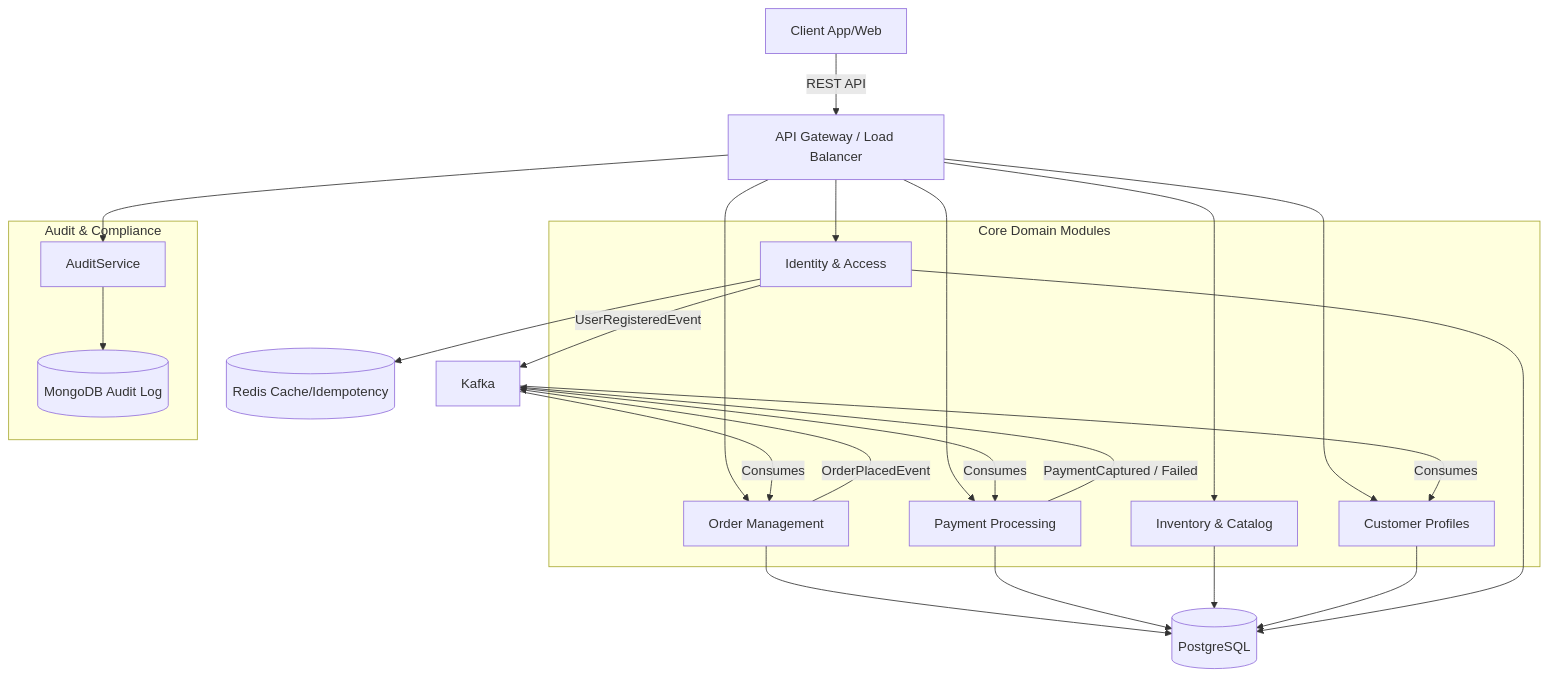
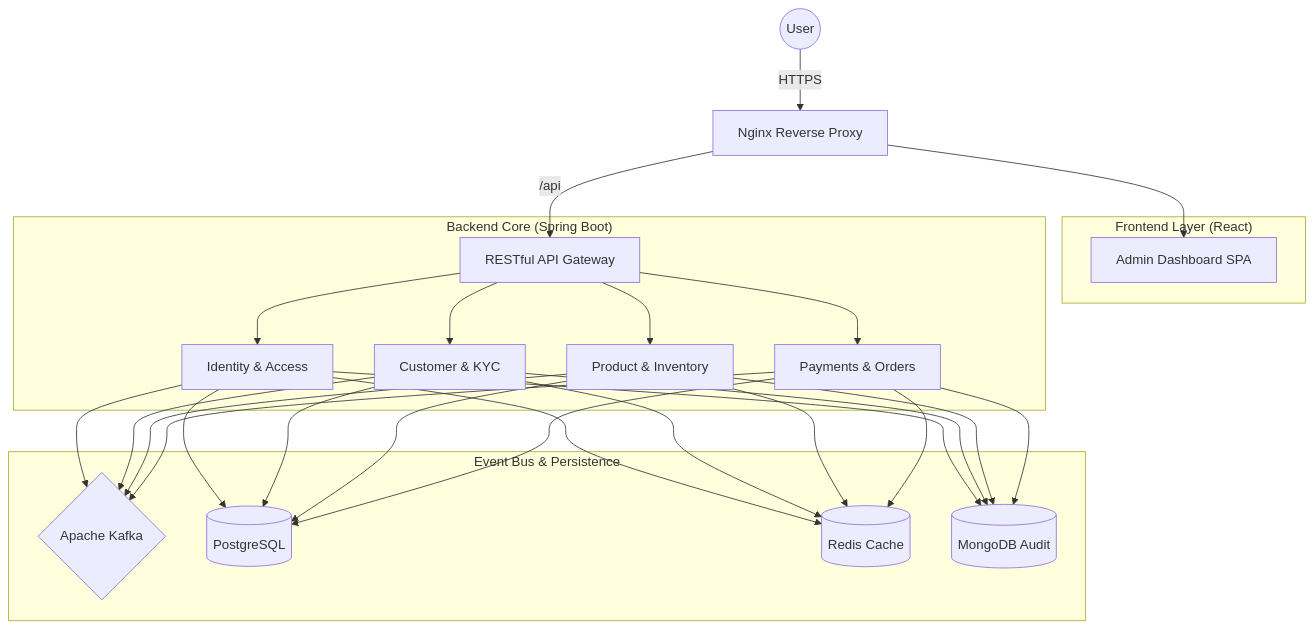
Before and after one commit to edsonwade/mini-shop-service: the diagram in README.md, drawn with Mermaid. The commit also changed other lines of this file and 73 other files, not shown here.

````diff
--- a/README.md
+++ b/README.md
@@ -49,41 +23,31 @@
 ```mermaid
 graph TD
-    Client[Client App/Web] -->|REST API| Gateway[API Gateway / Load Balancer]
+    User((User)) -->|HTTPS| Nginx[Nginx Reverse Proxy]
     
-    subgraph "Core Domain Modules"
-        Auth[Identity & Access]
-        Orders[Order Management]
-        Payments[Payment Processing]
-        Products[Inventory & Catalog]
-        Customers[Customer Profiles]
+    subgraph "Frontend Layer (React)"
+        Dashboard[Admin Dashboard SPA]
     end
     
-    Gateway --> Auth
-    Gateway --> Orders
-    Gateway --> Payments
-    Gateway --> Products
-    Gateway --> Customers
-    
-    Auth -->|UserRegisteredEvent| Kafka
-    Orders -->|OrderPlacedEvent| Kafka
-    Payments -->|PaymentCaptured / Failed| Kafka
-    
-    Kafka -->|Consumes| Customers
-    Kafka -->|Consumes| Payments
-    Kafka -->|Consumes| Orders
-    
-    Orders --> Postgres[(PostgreSQL)]
-    Payments --> Postgres
-    Products --> Postgres
-    Customers --> Postgres
-    Auth --> Postgres
-    
-    Auth --> Redis[(Redis Cache/Idempotency)]
-    
-    subgraph "Audit & Compliance"
-        AuditService
-        Mongo[(MongoDB Audit Log)]
+    subgraph "Backend Core (Spring Boot)"
+        API[RESTful API Gateway]
+        Auth[Identity & Access]
+        CRM[Customer & KYC]
+        Shop[Product & Inventory]
+        Fin[Payments & Orders]
     end
     
-    Gateway --> AuditService --> Mongo
+    subgraph "Event Bus & Persistence"
+        Kafka{Apache Kafka}
+        Postgres[(PostgreSQL)]
+        Redis[(Redis Cache)]
+        Mongo[(MongoDB Audit)]
+    end
+
+    Nginx --> Dashboard
+    Nginx -->|/api| API
+    
+    API --> Auth & CRM & Shop & Fin
+    Auth & CRM & Shop & Fin --> Kafka
+    Auth & CRM & Shop & Fin --> Postgres & Redis
+    Auth & CRM & Shop & Fin --> Mongo
 ```
````
